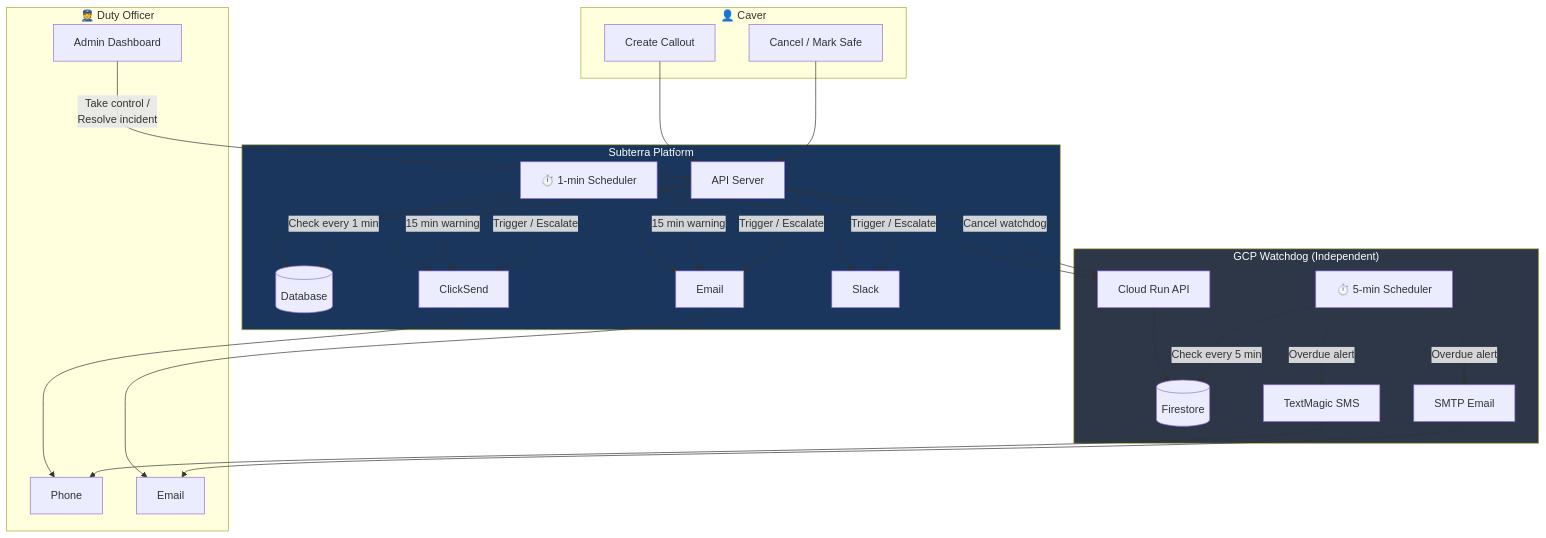
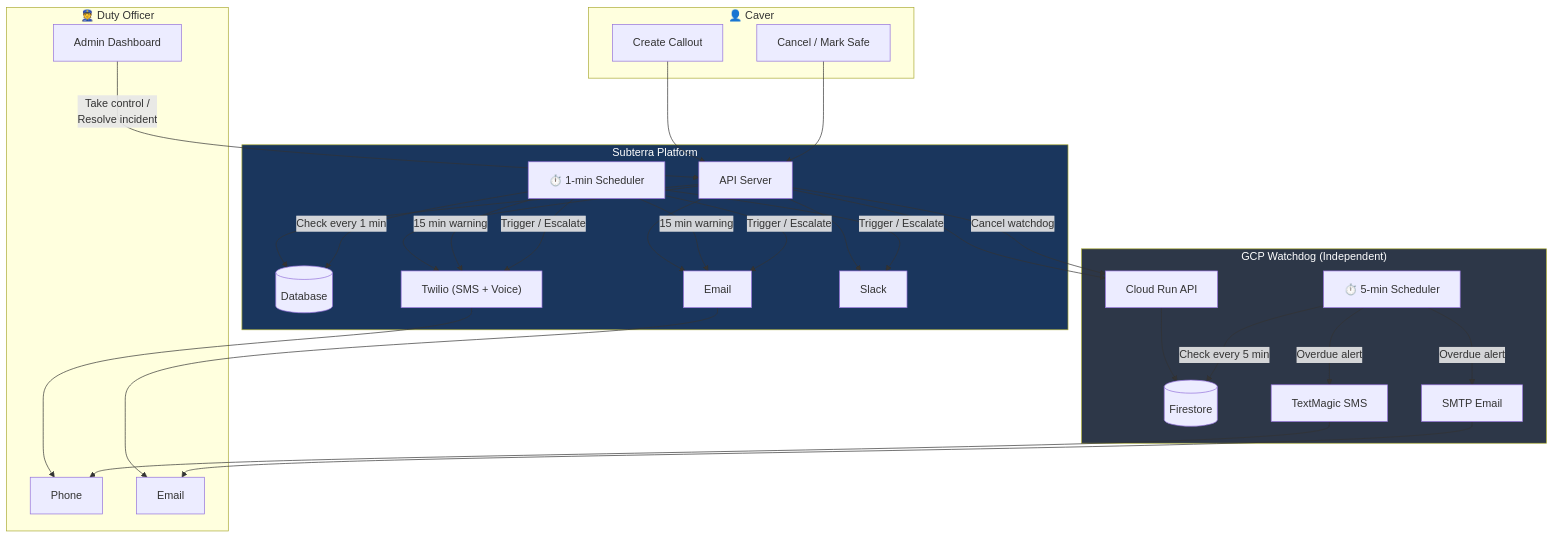
The eighth of 8 diagrams in docs/callout-system.md (paperclipmonkey/subterra), drawn with Mermaid before and after one commit. The commit also changed other lines of this file and 62 other files, not shown here.

````diff
--- a/docs/callout-system.md
+++ b/docs/callout-system.md
@@ -311,62 +348,62 @@
 ```mermaid
 flowchart TB
     subgraph User["👤 Caver"]
         CreateCallout["Create Callout"]
         CancelCallout["Cancel / Mark Safe"]
     end
 
     subgraph Subterra["Subterra Platform"]
         API["API Server"]
         DB[(Database)]
         Scheduler["⏱️ 1-min Scheduler"]
-        ClickSend["ClickSend"]
+        Twilio["Twilio (SMS + Voice)"]
         EmailSvc["Email"]
         SlackSvc["Slack"]
     end
 
     subgraph GCPWatchdog["GCP Watchdog (Independent)"]
         WatchdogAPI["Cloud Run API"]
         Firestore[(Firestore)]
         GCPScheduler["⏱️ 5-min Scheduler"]
         TextMagic["TextMagic SMS"]
         SMTP["SMTP Email"]
     end
 
     subgraph DutyOfficer["👮 Duty Officer"]
         DODashboard["Admin Dashboard"]
         DOPhone["Phone"]
         DOEmail["Email"]
     end
 
     CreateCallout --> API
     API --> DB
     API --> WatchdogAPI
     WatchdogAPI --> Firestore
-    API --> ClickSend
+    API --> Twilio
     API --> EmailSvc
     API --> SlackSvc
 
     Scheduler -->|"Check every 1 min"| DB
-    Scheduler -->|"15 min warning"| ClickSend
+    Scheduler -->|"15 min warning"| Twilio
     Scheduler -->|"15 min warning"| EmailSvc
-    Scheduler -->|"Trigger / Escalate"| ClickSend
+    Scheduler -->|"Trigger / Escalate"| Twilio
     Scheduler -->|"Trigger / Escalate"| EmailSvc
     Scheduler -->|"Trigger / Escalate"| SlackSvc
 
     GCPScheduler -->|"Check every 5 min"| Firestore
     GCPScheduler -->|"Overdue alert"| TextMagic
     GCPScheduler -->|"Overdue alert"| SMTP
 
-    ClickSend --> DOPhone
+    Twilio --> DOPhone
     EmailSvc --> DOEmail
     TextMagic --> DOPhone
     SMTP --> DOEmail
 
     CancelCallout --> API
     API -->|"Cancel watchdog"| WatchdogAPI
 
     DODashboard -->|"Take control /<br/>Resolve incident"| API
 
     style GCPWatchdog fill:#2d3748,color:#fff
     style Subterra fill:#1a365d,color:#fff
 ```
````
